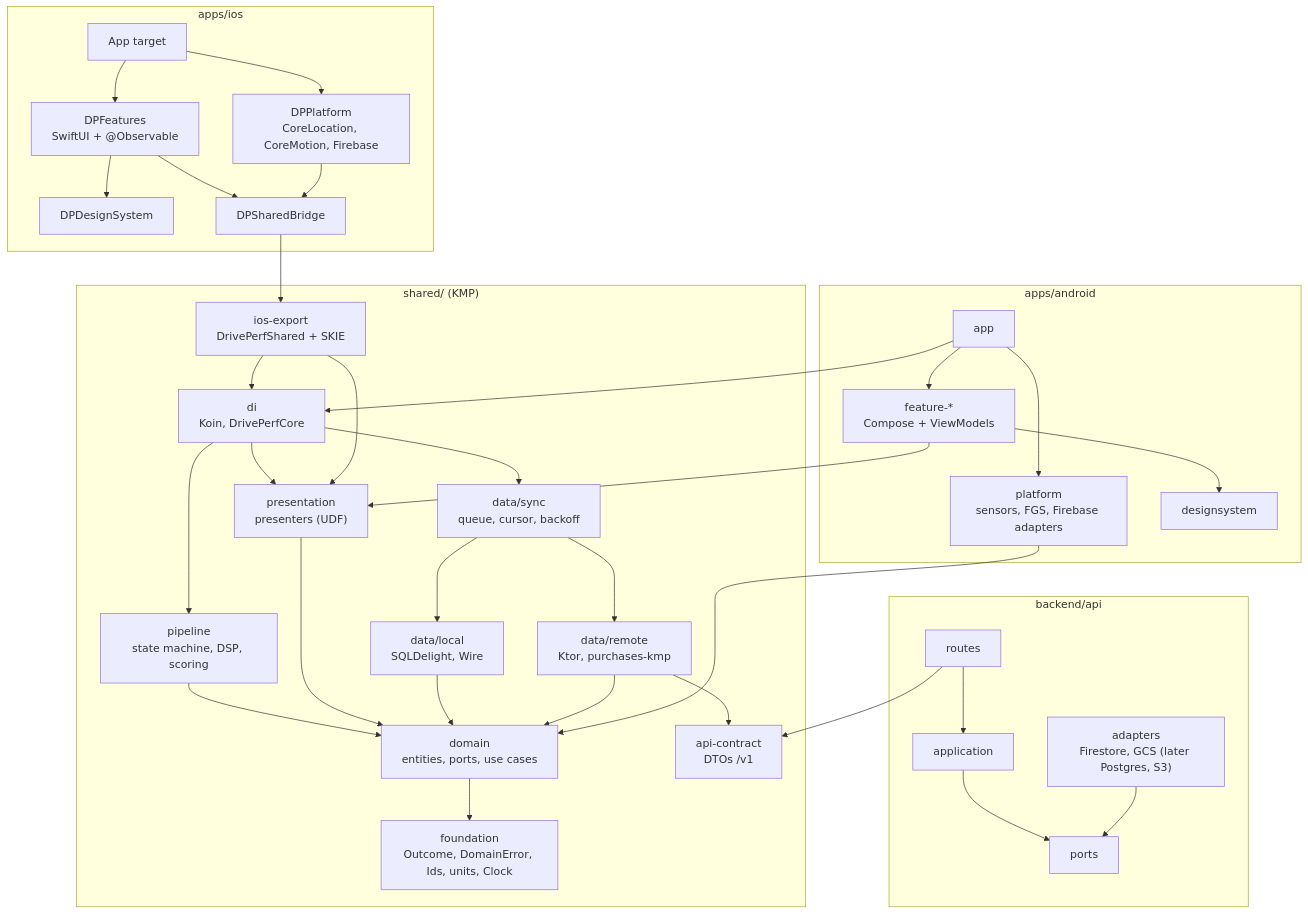
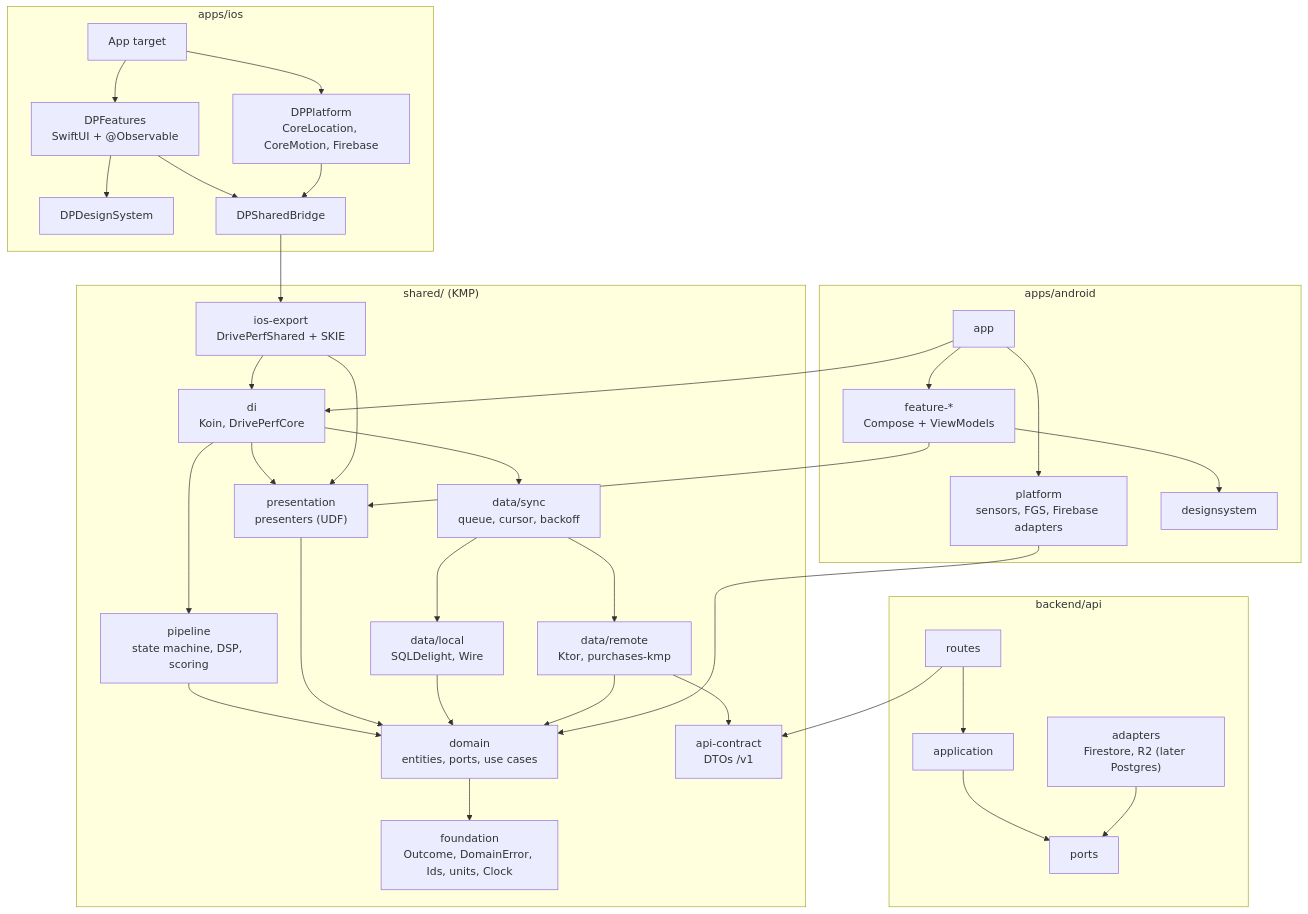
Before and after one commit to theKeval/DrivePerf: the fourth of 5 diagrams in docs/architecture/overview.md, drawn with Mermaid. The commit also changed other lines of this file and 43 other files, not shown here.

````diff
--- a/docs/architecture/overview.md
+++ b/docs/architecture/overview.md
@@ -127,62 +127,62 @@
 ```mermaid
 flowchart TB
     subgraph shared["shared/ (KMP)"]
         foundation["foundation<br/>Outcome, DomainError, Ids, units, Clock"]
         domain["domain<br/>entities, ports, use cases"]
         pipeline["pipeline<br/>state machine, DSP, scoring"]
         presentation["presentation<br/>presenters (UDF)"]
         contract["api-contract<br/>DTOs /v1"]
         local["data/local<br/>SQLDelight, Wire"]
         remote["data/remote<br/>Ktor, purchases-kmp"]
         sync["data/sync<br/>queue, cursor, backoff"]
         di["di<br/>Koin, DrivePerfCore"]
         export["ios-export<br/>DrivePerfShared + SKIE"]
     end
     subgraph android["apps/android"]
         afeat["feature-*<br/>Compose + ViewModels"]
         aplat["platform<br/>sensors, FGS, Firebase adapters"]
         ads["designsystem"]
         aapp["app"]
     end
     subgraph ios["apps/ios"]
         ifeat["DPFeatures<br/>SwiftUI + @Observable"]
         iplat["DPPlatform<br/>CoreLocation, CoreMotion, Firebase"]
         ids["DPDesignSystem"]
         ibridge["DPSharedBridge"]
         iapp["App target"]
     end
     subgraph backend["backend/api"]
         broutes["routes"] --> bapp["application"] --> bports["ports"]
-        badapt["adapters<br/>Firestore, GCS (later Postgres, S3)"] --> bports
+        badapt["adapters<br/>Firestore, R2 (later Postgres)"] --> bports
     end
 
     domain --> foundation
     pipeline --> domain
     presentation --> domain
     local --> domain
     remote --> domain
     remote --> contract
     sync --> local
     sync --> remote
     di --> presentation
     di --> pipeline
     di --> sync
     export --> di
     export --> presentation
 
     afeat --> presentation
     afeat --> ads
     aplat --> domain
     aapp --> afeat
     aapp --> aplat
     aapp --> di
 
     ibridge --> export
     ifeat --> ibridge
     ifeat --> ids
     iplat --> ibridge
     iapp --> ifeat
     iapp --> iplat
 
     broutes --> contract
 ```
````
